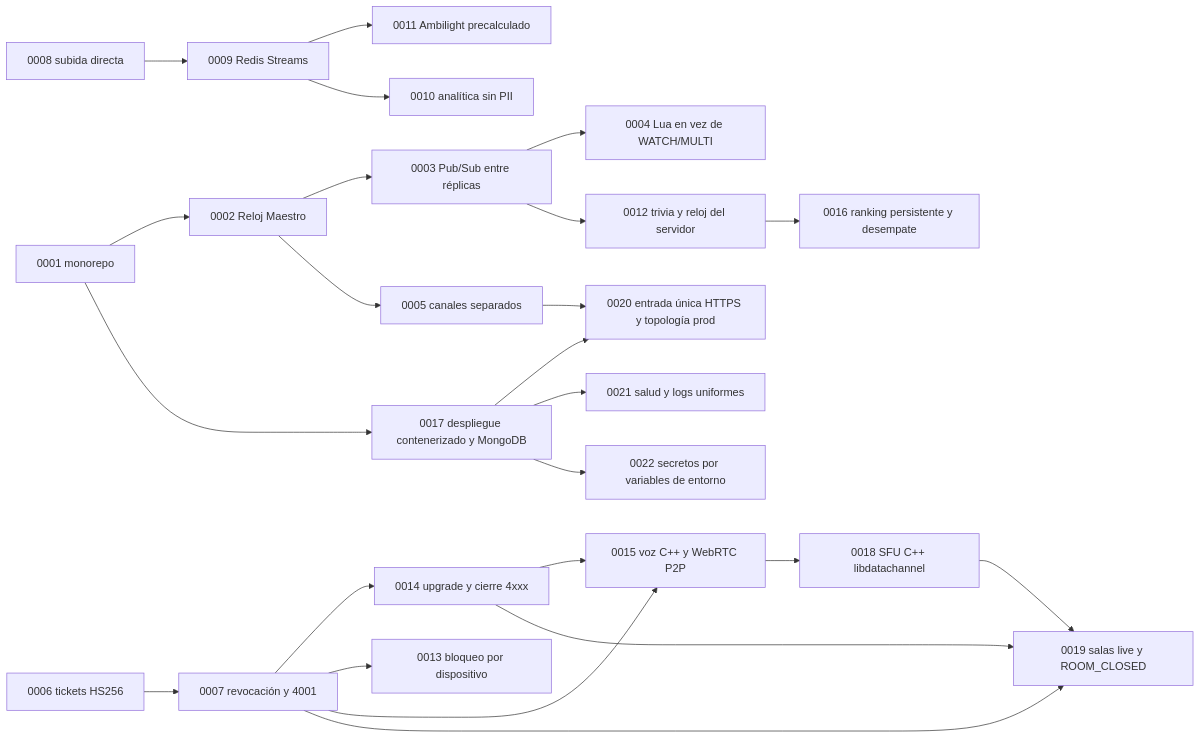
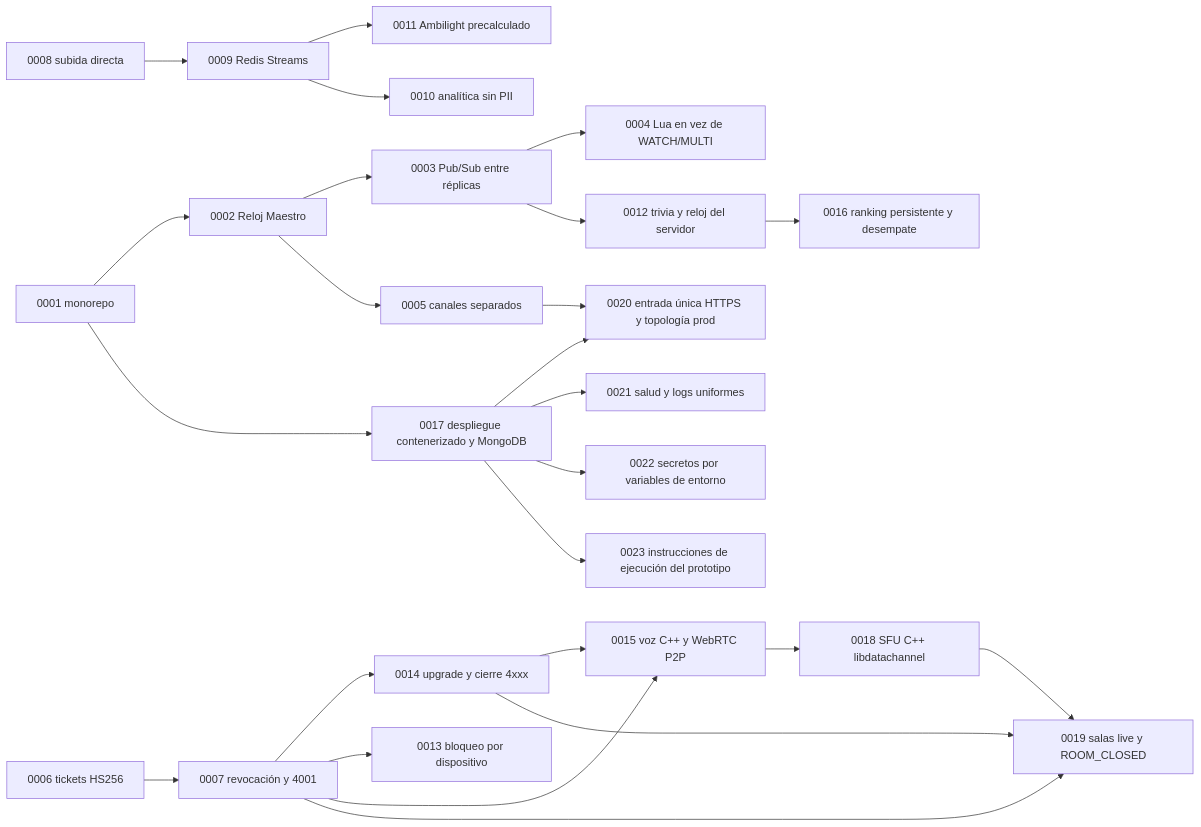
The diagram in docs/adr/README.md (TINTOrganization/TINT), drawn with Mermaid before and after one commit. The commit also changed other lines of this file and 3 other files, not shown here.

Commit message:
docs(infra): formalizar ADR 0023 para instrucciones del prototipo (OPS-06 #91)

````diff
--- a/docs/adr/README.md
+++ b/docs/adr/README.md
@@ -34,26 +35,27 @@
 ```mermaid
 flowchart LR
     A1["0001 monorepo"] --> A2["0002 Reloj Maestro"]
     A2 --> A3["0003 Pub/Sub entre réplicas"]
     A3 --> A4["0004 Lua en vez de WATCH/MULTI"]
     A2 --> A5["0005 canales separados"]
     A6["0006 tickets HS256"] --> A7["0007 revocación y 4001"]
     A7 --> A14["0014 upgrade y cierre 4xxx"]
     A7 --> A13["0013 bloqueo por dispositivo"]
     A7 --> A15["0015 voz C++ y WebRTC P2P"]
     A14 --> A15
     A8["0008 subida directa"] --> A9["0009 Redis Streams"]
     A9 --> A11["0011 Ambilight precalculado"]
     A9 --> A10["0010 analítica sin PII"]
     A3 --> A12["0012 trivia y reloj del servidor"]
     A12 --> A16["0016 ranking persistente y desempate"]
     A1 --> A17["0017 despliegue contenerizado y MongoDB"]
     A15 --> A18["0018 SFU C++ libdatachannel"]
     A7 --> A19["0019 salas live y ROOM_CLOSED"]
     A14 --> A19
     A18 --> A19
     A17 --> A20["0020 entrada única HTTPS y topología prod"]
     A5 --> A20
     A17 --> A21["0021 salud y logs uniformes"]
     A17 --> A22["0022 secretos por variables de entorno"]
+    A17 --> A23["0023 instrucciones de ejecución del prototipo"]
 ```
````
